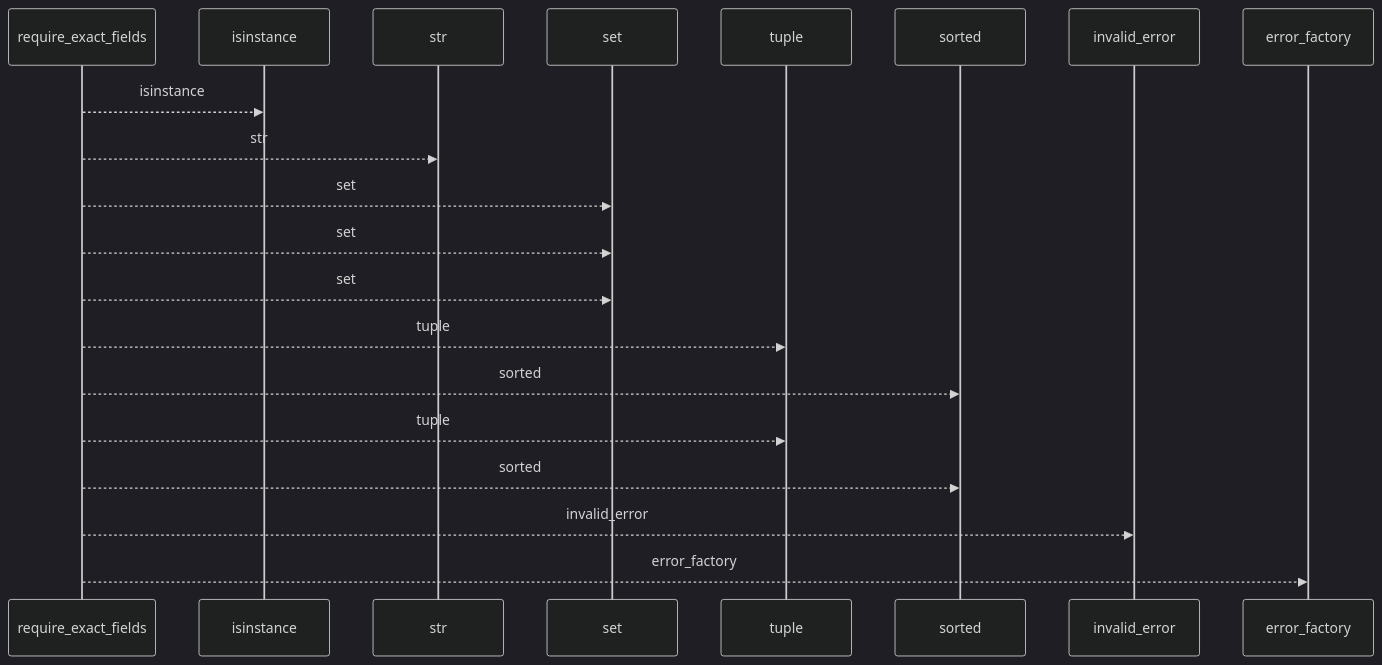
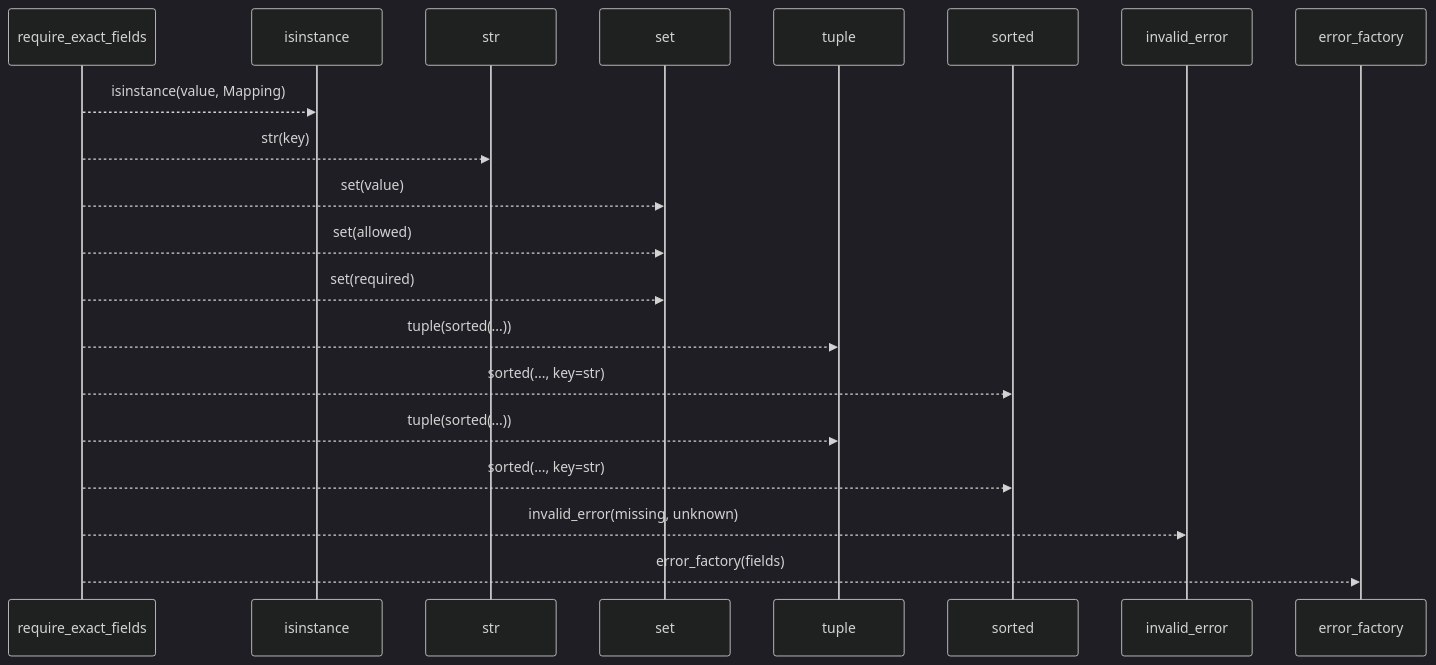
One commit to Denissvgn/python-wiki-llm changed the first of 2 diagrams in docs/llm_wiki/flows/api-require_exact_fields.md. Above: the diagram before and after it, drawn with Mermaid (dark theme). The commit also changed other lines of this file and 1410 other files, not shown here.

````diff
--- a/docs/llm_wiki/flows/api-require_exact_fields.md
+++ b/docs/llm_wiki/flows/api-require_exact_fields.md
@@ -10,22 +12,22 @@
 ```mermaid
 sequenceDiagram
     participant p0 as require_exact_fields
     participant p1 as isinstance
     participant p2 as str
     participant p3 as set
     participant p4 as tuple
     participant p5 as sorted
     participant p6 as invalid_error
     participant p7 as error_factory
-    p0-->>p1: isinstance
-    p0-->>p2: str
-    p0-->>p3: set
-    p0-->>p3: set
-    p0-->>p3: set
-    p0-->>p4: tuple
-    p0-->>p5: sorted
-    p0-->>p4: tuple
-    p0-->>p5: sorted
-    p0-->>p6: invalid_error
-    p0-->>p7: error_factory
+    p0-->>p1: isinstance(value, Mapping)
+    p0-->>p2: str(key)
+    p0-->>p3: set(value)
+    p0-->>p3: set(allowed)
+    p0-->>p3: set(required)
+    p0-->>p4: tuple(sorted(...))
+    p0-->>p5: sorted(..., key=str)
+    p0-->>p4: tuple(sorted(...))
+    p0-->>p5: sorted(..., key=str)
+    p0-->>p6: invalid_error(missing, unknown)
+    p0-->>p7: error_factory(fields)
 ```
````
